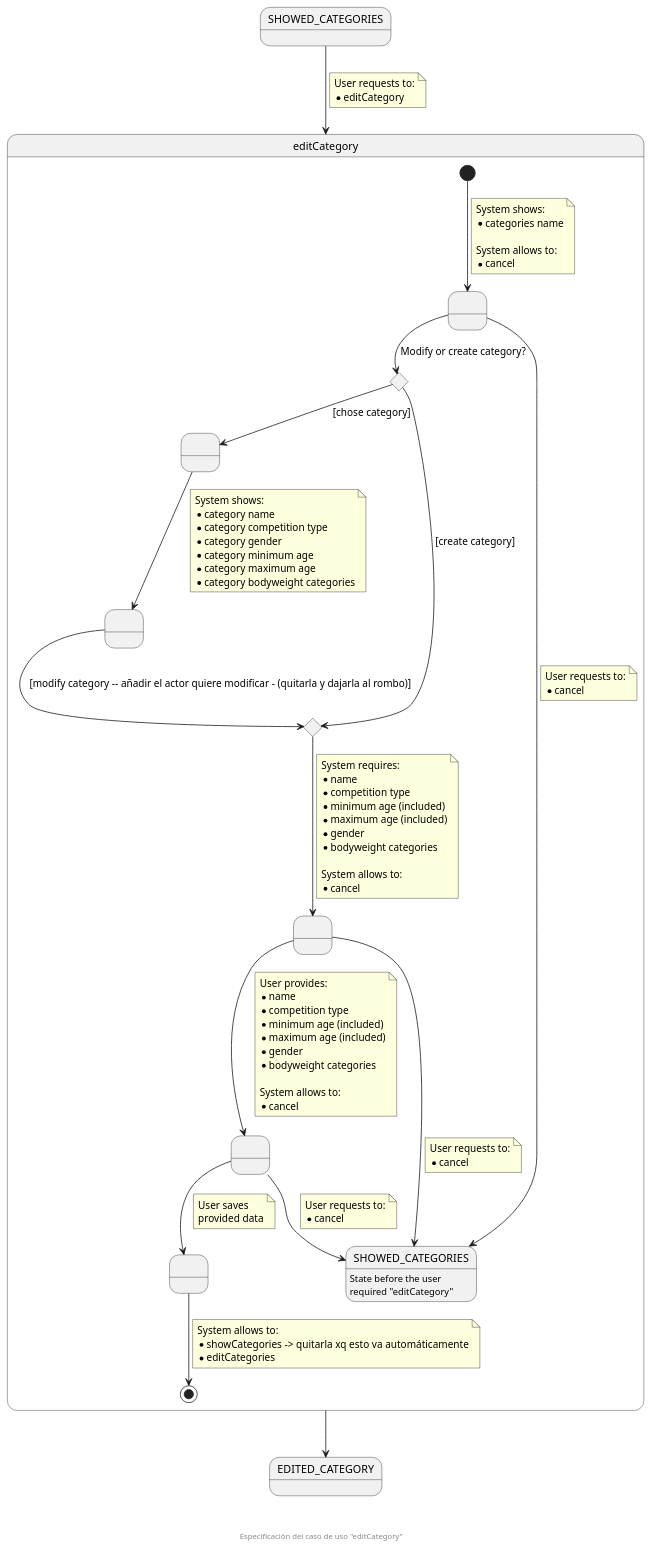
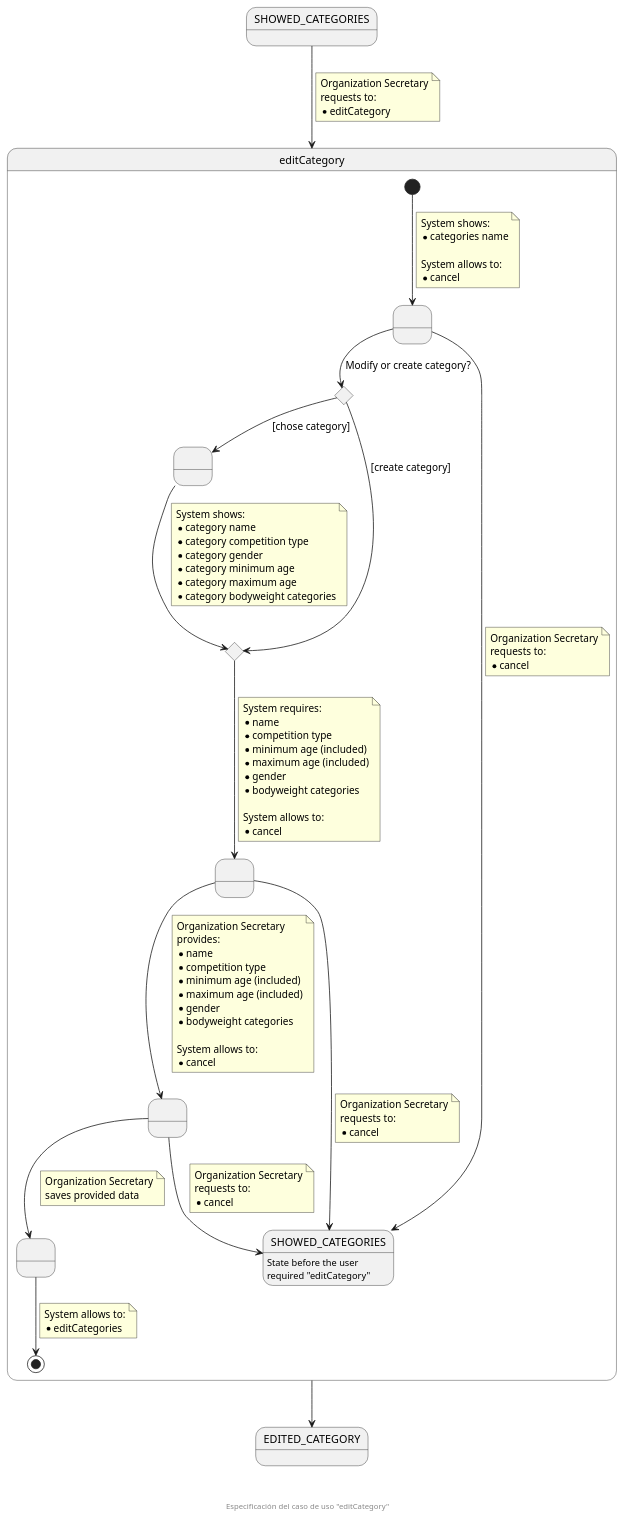
The diagram in documentation/diagrams/1_requirements/3_useCasesSpecification/organizationSecretary/03_editCategory.puml (zuldare/mastercloud_pfm_halterocms), drawn with PlantUML before and after one commit. The commit also changed 11 other files, not shown here.

Commit message:
docs: improve use cases specification diagrams

```diff
--- a/documentation/diagrams/1_requirements/3_useCasesSpecification/organizationSecretary/03_editCategory.puml
+++ b/documentation/diagrams/1_requirements/3_useCasesSpecification/organizationSecretary/03_editCategory.puml
@@ -1,106 +1,108 @@
 @startuml
 state SHOWED_CATEGORIES
 state editCategory {
   state " " as SHOWED_CATEGORIES_TO_BE_EDITED
   state createOrModifyCHC <<choice>>
   state " " as providedCategory
-  state " " as showedData
   state createOrModifyCHC2 <<choice>>
   state " " as pendingData
   state " " as providedData
   state " " as savedData
   [*] --> SHOWED_CATEGORIES_TO_BE_EDITED
   note on link
     System shows:
     * categories name
 
     System allows to:
     * cancel
   end note
 
   SHOWED_CATEGORIES_TO_BE_EDITED --> createOrModifyCHC : Modify or create category?
 
   SHOWED_CATEGORIES_TO_BE_EDITED --> SHOWED_CATEGORIES_F
   note on link
-    User requests to:
+    Organization Secretary
+    requests to:
     * cancel
   end note
 
   createOrModifyCHC --> providedCategory : [chose category]
   createOrModifyCHC --> createOrModifyCHC2 : [create category]
-  providedCategory --> showedData
+  providedCategory --> createOrModifyCHC2
   note on link
     System shows:
     * category name
     * category competition type
     * category gender
     * category minimum age
     * category maximum age
     * category bodyweight categories
   end note
-  showedData --> createOrModifyCHC2 : [modify category -- añadir el actor quiere modificar - (quitarla y dajarla al rombo)]
   createOrModifyCHC2 --> pendingData
   note on link
     System requires:
     * name
     * competition type
     * minimum age (included)
     * maximum age (included)
     * gender
     * bodyweight categories
 
     System allows to:
     * cancel
   end note
   pendingData --> SHOWED_CATEGORIES_F
   note on link
-    User requests to:
+    Organization Secretary
+    requests to:
     * cancel
   end note
 
   pendingData --> providedData
   note on link
-    User provides:
+    Organization Secretary
+    provides:
     * name
     * competition type
     * minimum age (included)
     * maximum age (included)
     * gender
     * bodyweight categories
 
     System allows to:
     * cancel
   end note
 
   providedData --> savedData
   note on link
-    User saves 
-    provided data
+    Organization Secretary
+    saves provided data
   end note
 
   providedData --> SHOWED_CATEGORIES_F
   note on link
-    User requests to:
+    Organization Secretary
+    requests to:
     * cancel
   end note
 
   savedData --> [*]
   note on link
     System allows to:
-    * showCategories -> quitarla xq esto va automáticamente
     * editCategories
   end note
 }
 state EDITED_CATEGORY
 state "SHOWED_CATEGORIES" as SHOWED_CATEGORIES_F : State before the user\nrequired "editCategory"
 
 SHOWED_CATEGORIES --> editCategory
 note on link
-  User requests to:
+  Organization Secretary
+  requests to:
   * editCategory
 end note
 
 editCategory --> EDITED_CATEGORY
 
 footer \n\n\n Especificación del caso de uso "editCategory"
 @enduml
```
